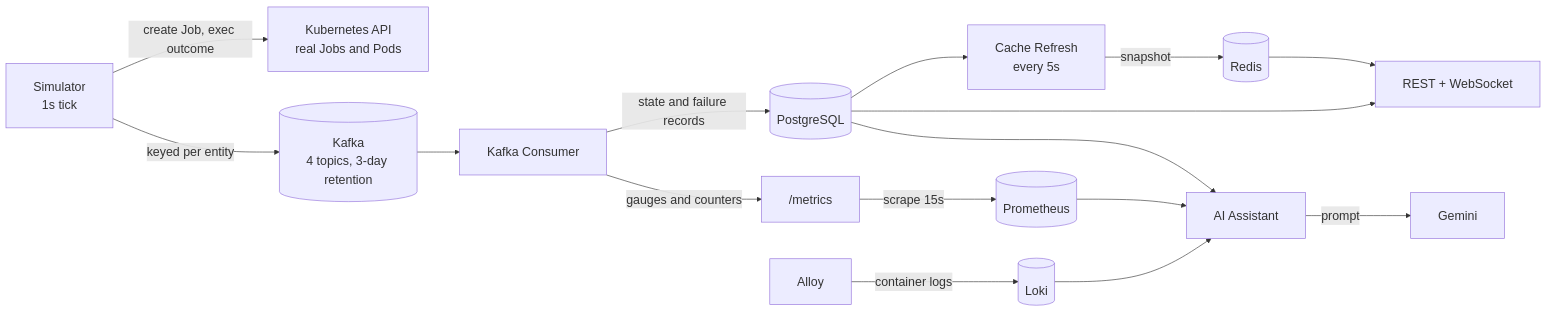
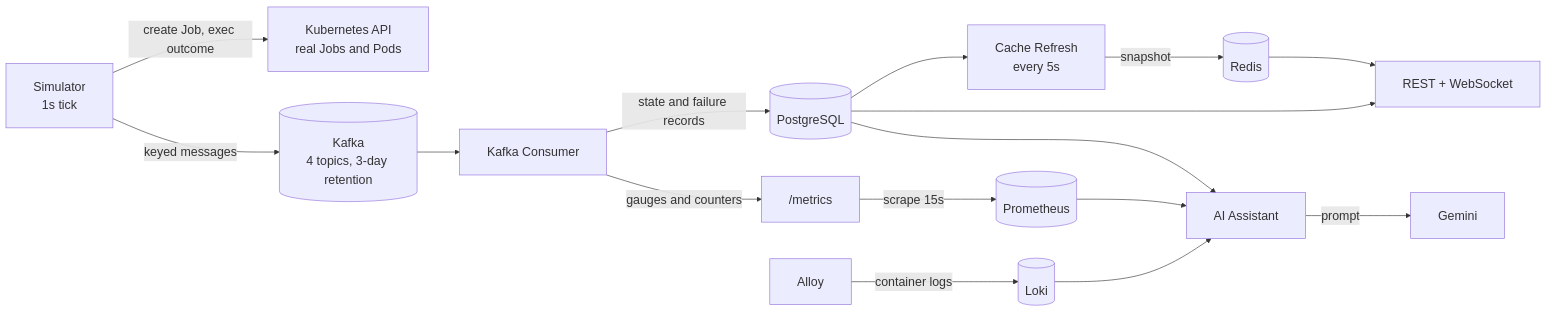
Before and after one commit to AndyDLi/Videre: the second of 2 diagrams in README.md, drawn with Mermaid. The commit also changed other lines of this file and 8 other files, not shown here.

````diff
--- a/README.md
+++ b/README.md
@@ -149,47 +150,47 @@
 ```mermaid
 ---
 config:
   themeVariables:
     fontSize: 20px
   flowchart:
     padding: 22
     nodeSpacing: 50
     rankSpacing: 50
     subGraphTitleMargin:
       top: 20
       bottom: 8
 ---
 flowchart LR
     sim["Simulator<br/>1s tick"]
     k8s["Kubernetes API<br/>real Jobs and Pods"]
     kafka[("Kafka<br/>4 topics, 3-day retention")]
     consumer["Kafka Consumer"]
     postgres[("PostgreSQL")]
     metrics["/metrics"]
     prometheus[("Prometheus")]
     refresh["Cache Refresh<br/>every 5s"]
     redis[("Redis")]
     api["REST + WebSocket"]
     alloy["Alloy"]
     loki[("Loki")]
     ai["AI Assistant"]
     gemini["Gemini"]
 
-    sim -->|"keyed per entity"| kafka
+    sim -->|"keyed messages"| kafka
     sim -->|"create Job, exec outcome"| k8s
     kafka --> consumer
     consumer -->|"state and failure records"| postgres
     consumer -->|"gauges and counters"| metrics
     metrics -->|"scrape 15s"| prometheus
     alloy -->|"container logs"| loki
 
     postgres --> refresh
     refresh -->|"snapshot"| redis
     redis --> api
     postgres --> api
 
     postgres --> ai
     prometheus --> ai
     loki --> ai
     ai -->|"prompt"| gemini
 ```
````
